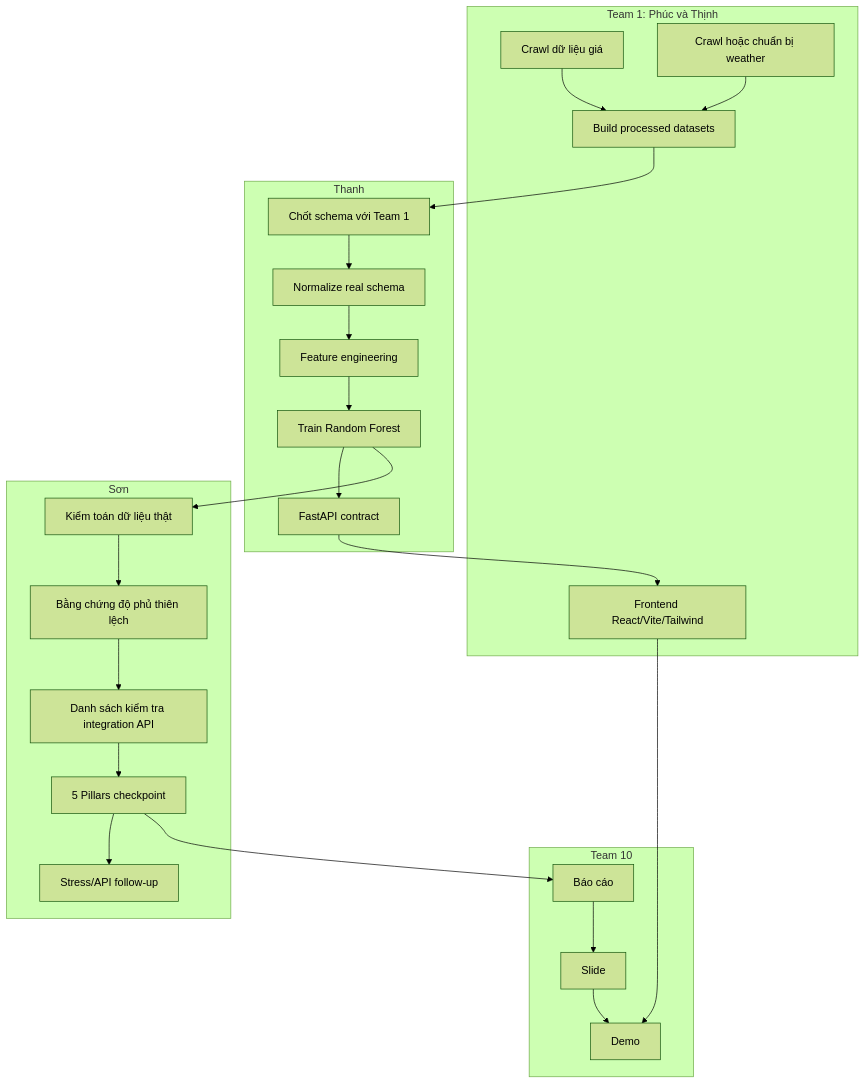
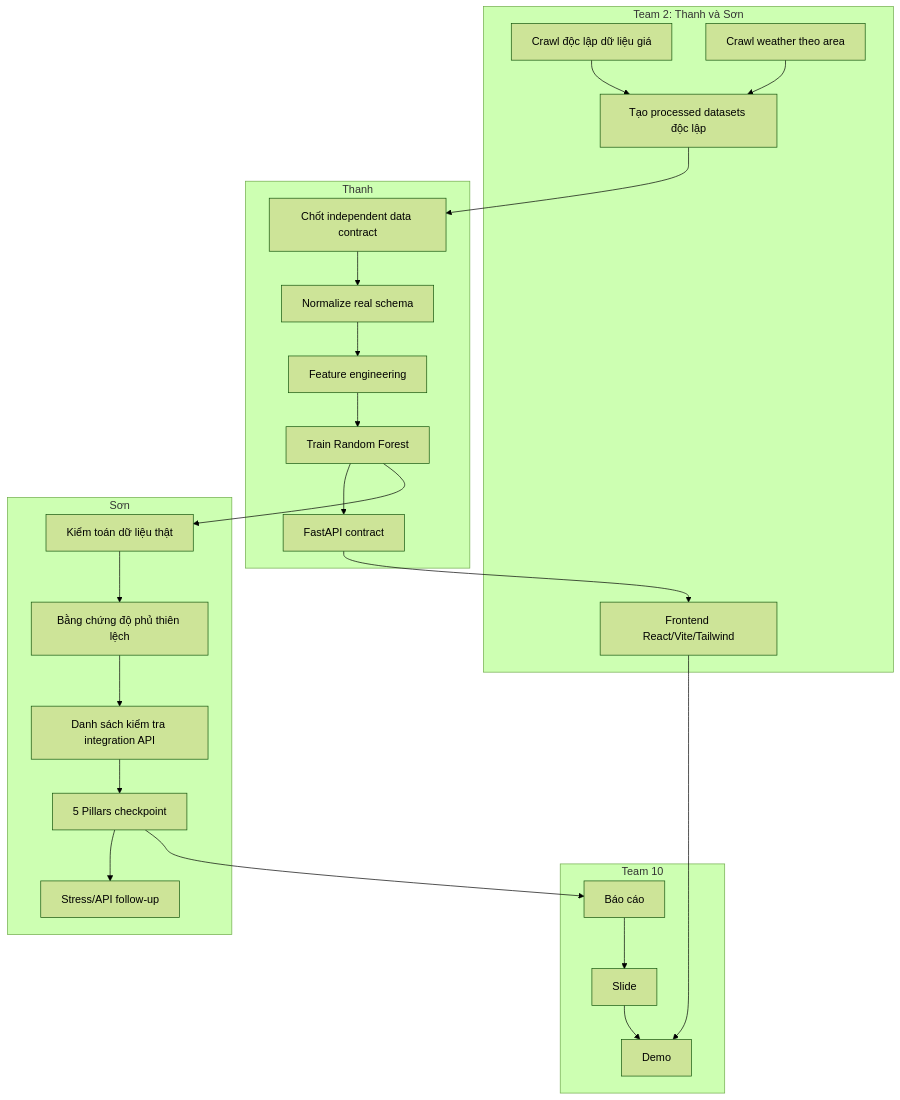
The fourth of 8 diagrams in docs/project-roadmap.md (uit-25730067-chithanh/AI002-Team22-DT10), drawn with Mermaid (forest theme) before and after one commit. The commit also changed other lines of this file and 72 other files, not shown here.

Commit message:
feat: implement independent area data pipeline with custom crawler, quality audit, and dataset generation tools

````diff
--- a/docs/project-roadmap.md
+++ b/docs/project-roadmap.md
@@ -104,41 +104,41 @@
 ```mermaid
 flowchart TD
-    subgraph T1[Team 1: Phúc và Thịnh]
-        A1[Crawl dữ liệu giá]
-        A2[Crawl hoặc chuẩn bị weather]
-        A3[Build processed datasets]
+    subgraph T2Data[Team 2: Thanh và Sơn]
+        A1[Crawl độc lập dữ liệu giá]
+        A2[Crawl weather theo area]
+        A3[Tạo processed datasets độc lập]
         A4[Frontend React/Vite/Tailwind]
     end
 
     subgraph Thanh[Thanh]
-        B1[Chốt schema với Team 1]
+        B1[Chốt independent data contract]
         B2[Normalize real schema]
         B3[Feature engineering]
         B4[Train Random Forest]
         B5[FastAPI contract]
     end
 
     subgraph Son[Sơn]
         C1[Kiểm toán dữ liệu thật]
         C2[Bằng chứng độ phủ thiên lệch]
         C3[Danh sách kiểm tra integration API]
         C4[5 Pillars checkpoint]
         C5[Stress/API follow-up]
     end
 
     subgraph Team[Team 10]
         D1[Báo cáo]
         D2[Slide]
         D3[Demo]
     end
 
     A1 --> A3
     A2 --> A3
     A3 --> B1
     B1 --> B2 --> B3 --> B4 --> B5
     B4 --> C1 --> C2 --> C3 --> C4 --> C5
     B5 --> A4
     C4 --> D1
     A4 --> D3
     D1 --> D2 --> D3
 ```
````
